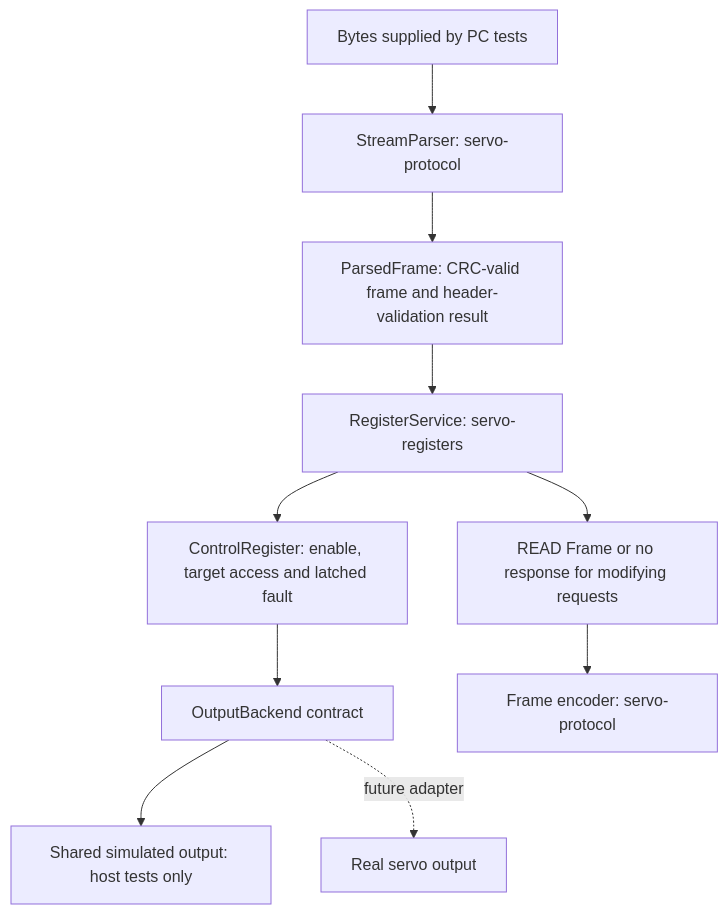
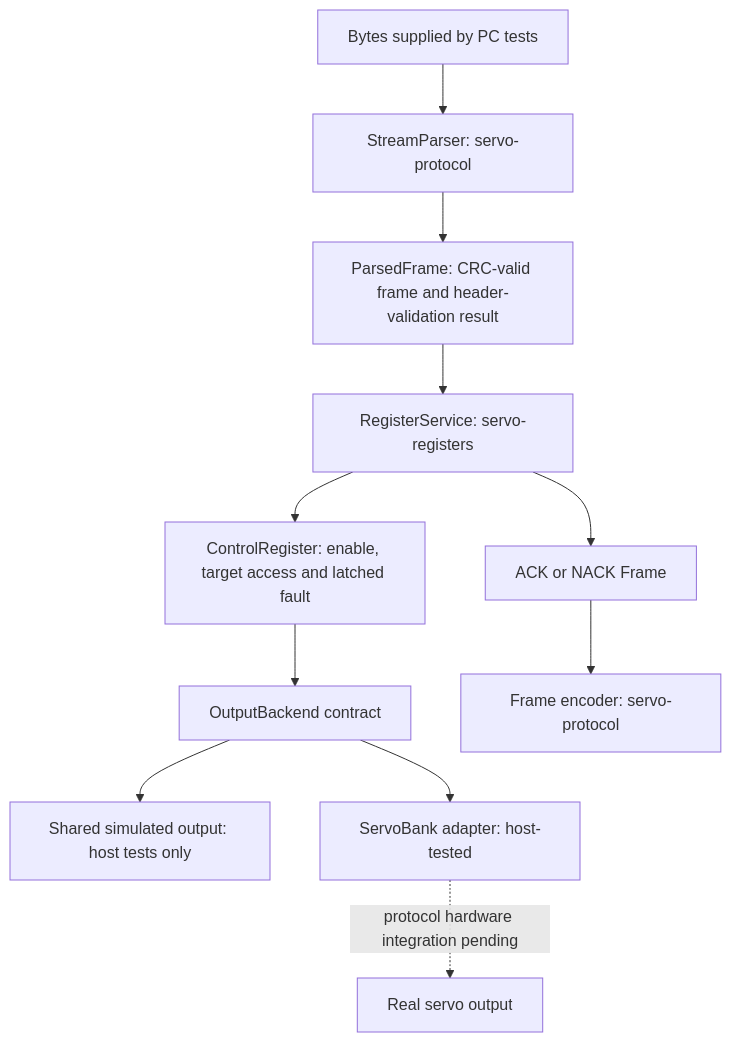
The fourth of 4 diagrams in docs/architecture/software-layers.md (ebe542/hexaroam), drawn with Mermaid before and after one commit. The commit also changed other lines of this file and 24 other files, not shown here.

Commit message:
Introduce ACK/NACK protocol responses

````diff
--- a/docs/architecture/software-layers.md
+++ b/docs/architecture/software-layers.md
@@ -116,12 +116,13 @@
 ```mermaid
 flowchart TD
     Bytes["Bytes supplied by PC tests"] --> Parser["StreamParser: servo-protocol"]
     Parser --> Request["ParsedFrame: CRC-valid frame and header-validation result"]
     Request --> Service["RegisterService: servo-registers"]
     Service --> Control["ControlRegister: enable, target access and latched fault"]
     Control --> Backend["OutputBackend contract"]
     Backend --> Fake["Shared simulated output: host tests only"]
-    Service --> Reply["READ Frame or no response for modifying requests"]
+    Service --> Reply["ACK or NACK Frame"]
     Reply --> Codec["Frame encoder: servo-protocol"]
-    Backend -.->|"future adapter"| Hardware["Real servo output"]
+    Backend --> Bank["ServoBank adapter: host-tested"]
+    Bank -.->|"protocol hardware integration pending"| Hardware["Real servo output"]
 ```
````
